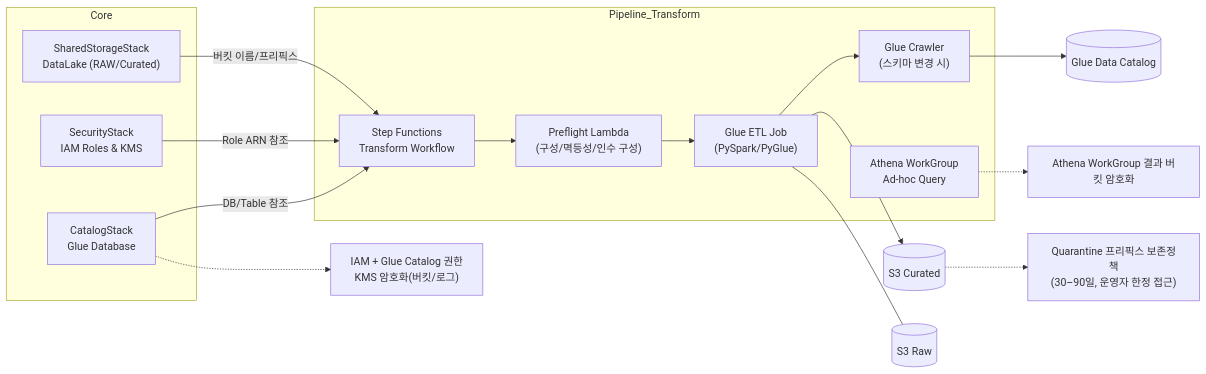
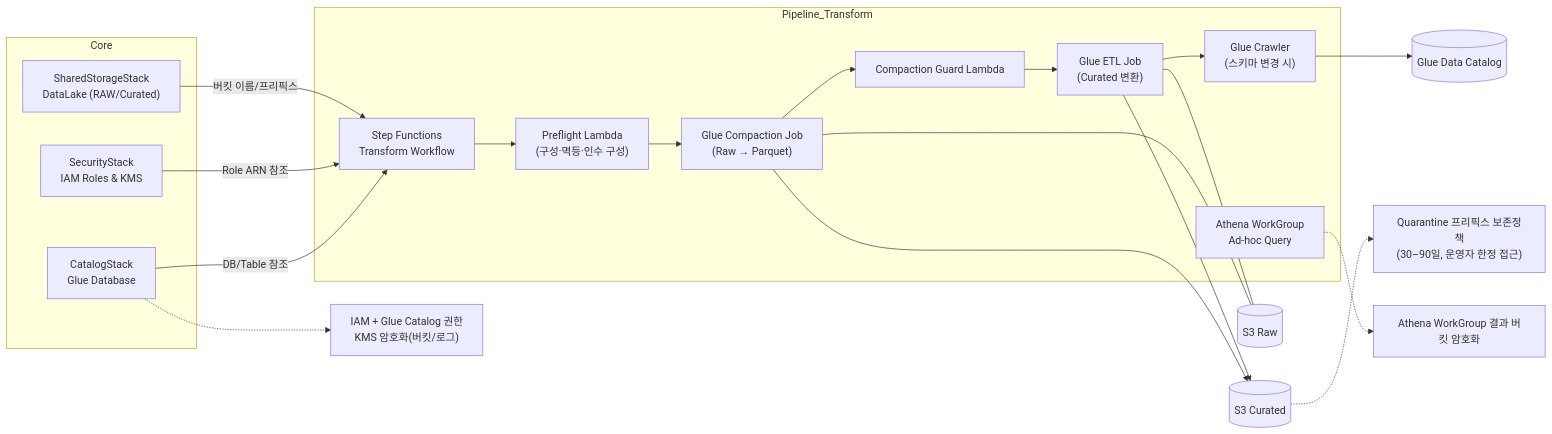
One commit to keemgdeok/fin-forge-pipeline changed the diagram in docs/diagrams/transform/01-components.md. Above: the diagram before and after it, drawn with Mermaid. The commit also changed 6 other files, not shown here.

Commit message:
docs(transform): capture compaction workflow in diagrams and specs

````diff
--- a/docs/diagrams/transform/01-components.md
+++ b/docs/diagrams/transform/01-components.md
@@ -1,36 +1,42 @@
 ```mermaid
 graph LR
   subgraph Core
     SS["SharedStorageStack<br/>DataLake (RAW/Curated)"]
     SEC["SecurityStack<br/>IAM Roles & KMS"]
     GOV["CatalogStack<br/>Glue Database"]
   end
 
   subgraph Pipeline_Transform
     SFN["Step Functions<br/>Transform Workflow"]
-    PRE["Preflight Lambda<br/>(구성/멱등성/인수 구성)"]
-    GLUE["Glue ETL Job<br/>(PySpark/PyGlue)"]
+    PRE["Preflight Lambda<br/>(구성·멱등·인수 구성)"]
+    COMP["Glue Compaction Job<br/>(Raw → Parquet)"]
+    GUARD["Compaction Guard Lambda"]
+    GLUE["Glue ETL Job<br/>(Curated 변환)"]
     CRAWL["Glue Crawler<br/>(스키마 변경 시)"]
     ATH["Athena WorkGroup<br/>Ad-hoc Query"]
   end
 
   SS -->|버킷 이름/프리픽스| SFN
   SEC -->|Role ARN 참조| SFN
   GOV -->|DB/Table 참조| SFN
 
   SFN --> PRE
-  PRE --> GLUE
+  PRE --> COMP
+  COMP --> GUARD
+  GUARD --> GLUE
   GLUE --> CRAWL
   GLUE --> CUR[(S3 Curated)]
   GLUE --- RAW[(S3 Raw)]
+  COMP --- RAW
+  COMP --> CUR
   CRAWL --> CAT[(Glue Data Catalog)]
 
   %% Governance/Security notes
   N1["IAM + Glue Catalog 권한<br/>KMS 암호화(버킷/로그)"]:::note
   N2["Athena WorkGroup 결과 버킷 암호화"]:::note
   N3["Quarantine 프리픽스 보존정책<br/>(30–90일, 운영자 한정 접근)"]:::note
   GOV -.-> N1
   ATH -.-> N2
   CUR -.-> N3
 
 ```
````
